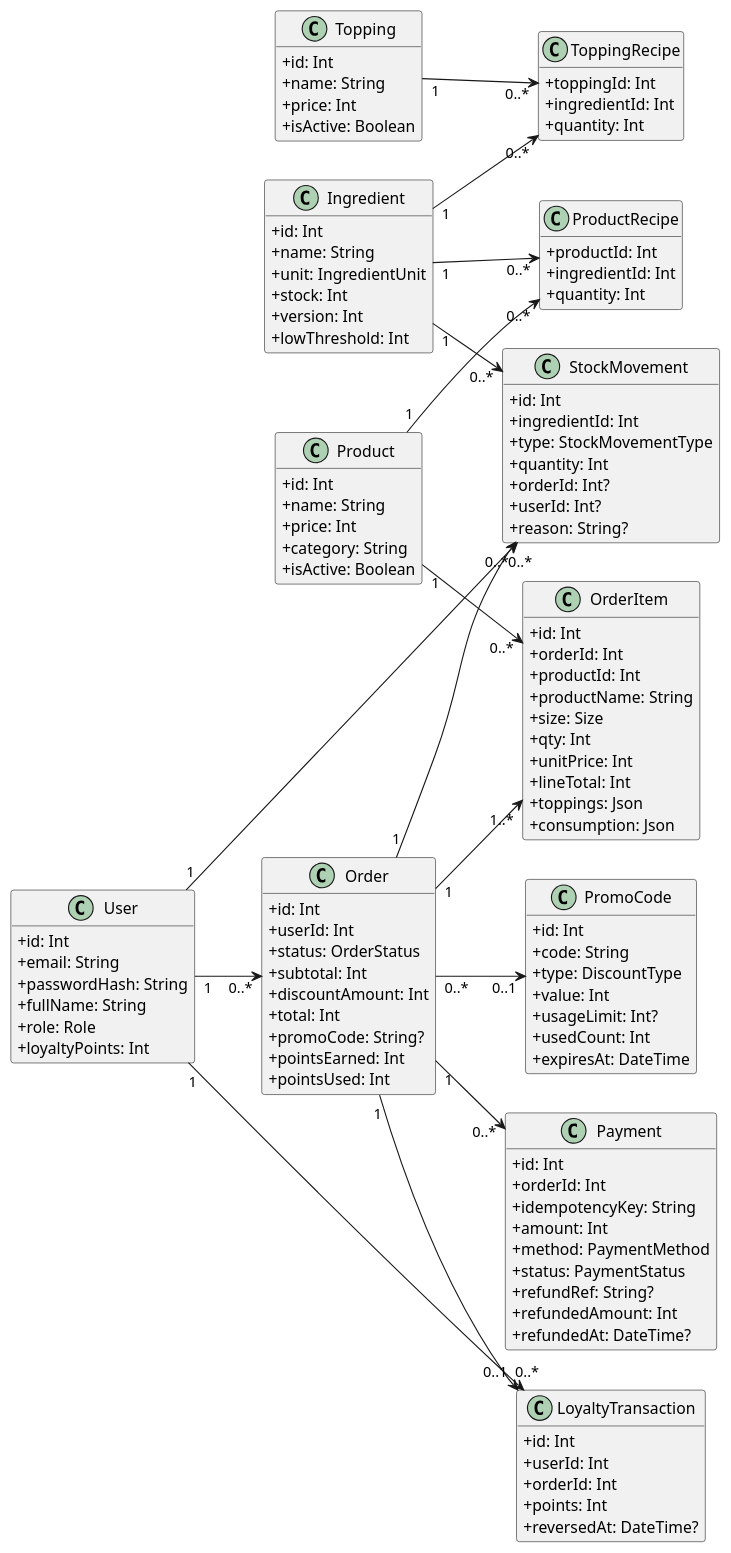
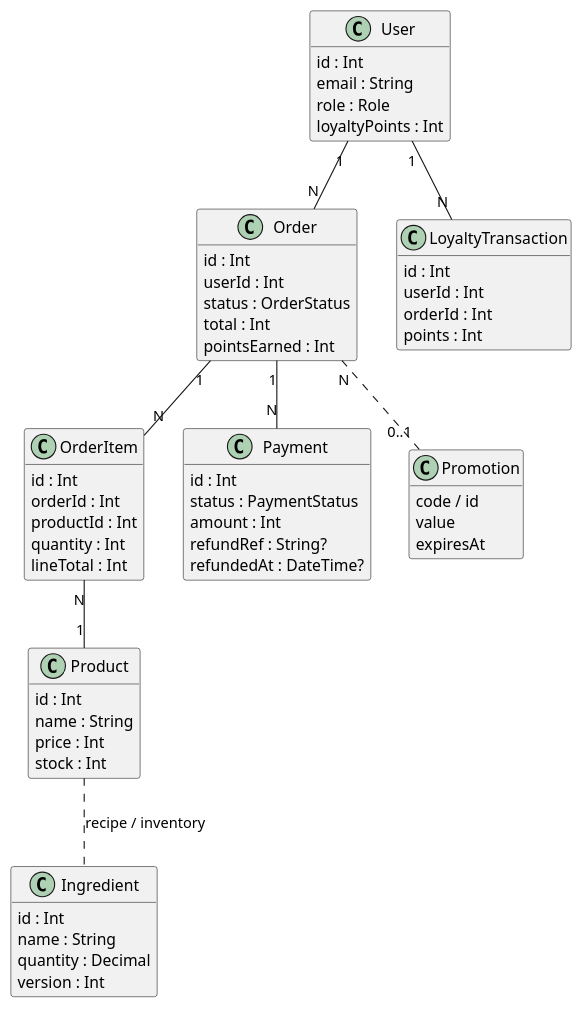
The diagram in docs/diagrams/class-domain.puml (Thaitruong26/Brewlite-A2), drawn with PlantUML before and after one commit. The commit also changed 16 other files, not shown here.

Commit message:
chore: align code, diagrams, and postman 100% with submitted report

```diff
--- a/docs/diagrams/class-domain.puml
+++ b/docs/diagrams/class-domain.puml
@@ -1,130 +1,71 @@
 @startuml
 skinparam classAttributeIconSize 0
+skinparam shadowing false
 hide empty methods
-left to right direction
 
 class User {
-  +id: Int
-  +email: String
-  +passwordHash: String
-  +fullName: String
-  +role: Role
-  +loyaltyPoints: Int
+  id : Int
+  email : String
+  role : Role
+  loyaltyPoints : Int
+}
+
+class Order {
+  id : Int
+  userId : Int
+  status : OrderStatus
+  total : Int
+  pointsEarned : Int
+}
+
+class LoyaltyTransaction {
+  id : Int
+  userId : Int
+  orderId : Int
+  points : Int
+}
+
+class OrderItem {
+  id : Int
+  orderId : Int
+  productId : Int
+  quantity : Int
+  lineTotal : Int
+}
+
+class Payment {
+  id : Int
+  status : PaymentStatus
+  amount : Int
+  refundRef : String?
+  refundedAt : DateTime?
+}
+
+class Promotion {
+  code / id
+  value
+  expiresAt
 }
 
 class Product {
-  +id: Int
-  +name: String
-  +price: Int
-  +category: String
-  +isActive: Boolean
-}
-
-class Topping {
-  +id: Int
-  +name: String
-  +price: Int
-  +isActive: Boolean
-}
-
-class Order {
-  +id: Int
-  +userId: Int
-  +status: OrderStatus
-  +subtotal: Int
-  +discountAmount: Int
-  +total: Int
-  +promoCode: String?
-  +pointsEarned: Int
-  +pointsUsed: Int
-}
-
-class OrderItem {
-  +id: Int
-  +orderId: Int
-  +productId: Int
-  +productName: String
-  +size: Size
-  +qty: Int
-  +unitPrice: Int
-  +lineTotal: Int
-  +toppings: Json
-  +consumption: Json
-}
-
-class Payment {
-  +id: Int
-  +orderId: Int
-  +idempotencyKey: String
-  +amount: Int
-  +method: PaymentMethod
-  +status: PaymentStatus
-  +refundRef: String?
-  +refundedAmount: Int
-  +refundedAt: DateTime?
-}
-
-class PromoCode {
-  +id: Int
-  +code: String
-  +type: DiscountType
-  +value: Int
-  +usageLimit: Int?
-  +usedCount: Int
-  +expiresAt: DateTime
-}
-
-class LoyaltyTransaction {
-  +id: Int
-  +userId: Int
-  +orderId: Int
-  +points: Int
-  +reversedAt: DateTime?
+  id : Int
+  name : String
+  price : Int
+  stock : Int
 }
 
 class Ingredient {
-  +id: Int
-  +name: String
-  +unit: IngredientUnit
-  +stock: Int
-  +version: Int
-  +lowThreshold: Int
+  id : Int
+  name : String
+  quantity : Decimal
+  version : Int
 }
 
-class ProductRecipe {
-  +productId: Int
-  +ingredientId: Int
-  +quantity: Int
-}
-
-class ToppingRecipe {
-  +toppingId: Int
-  +ingredientId: Int
-  +quantity: Int
-}
-
-class StockMovement {
-  +id: Int
-  +ingredientId: Int
-  +type: StockMovementType
-  +quantity: Int
-  +orderId: Int?
-  +userId: Int?
-  +reason: String?
-}
-
-User "1" --> "0..*" Order
-User "1" --> "0..*" LoyaltyTransaction
-User "1" --> "0..*" StockMovement
-Order "1" --> "1..*" OrderItem
-Order "1" --> "0..*" Payment
-Order "0..*" --> "0..1" PromoCode
-Order "1" --> "0..1" LoyaltyTransaction
-Order "1" --> "0..*" StockMovement
-Product "1" --> "0..*" OrderItem
-Product "1" --> "0..*" ProductRecipe
-Topping "1" --> "0..*" ToppingRecipe
-Ingredient "1" --> "0..*" ProductRecipe
-Ingredient "1" --> "0..*" ToppingRecipe
-Ingredient "1" --> "0..*" StockMovement
+User "1" -- "N" Order
+User "1" -- "N" LoyaltyTransaction
+Order "1" -- "N" OrderItem
+Order "1" -- "N" Payment
+Order "N" .. "0..1" Promotion
+OrderItem "N" -- "1" Product
+Product .. Ingredient : recipe / inventory
 @enduml
```
